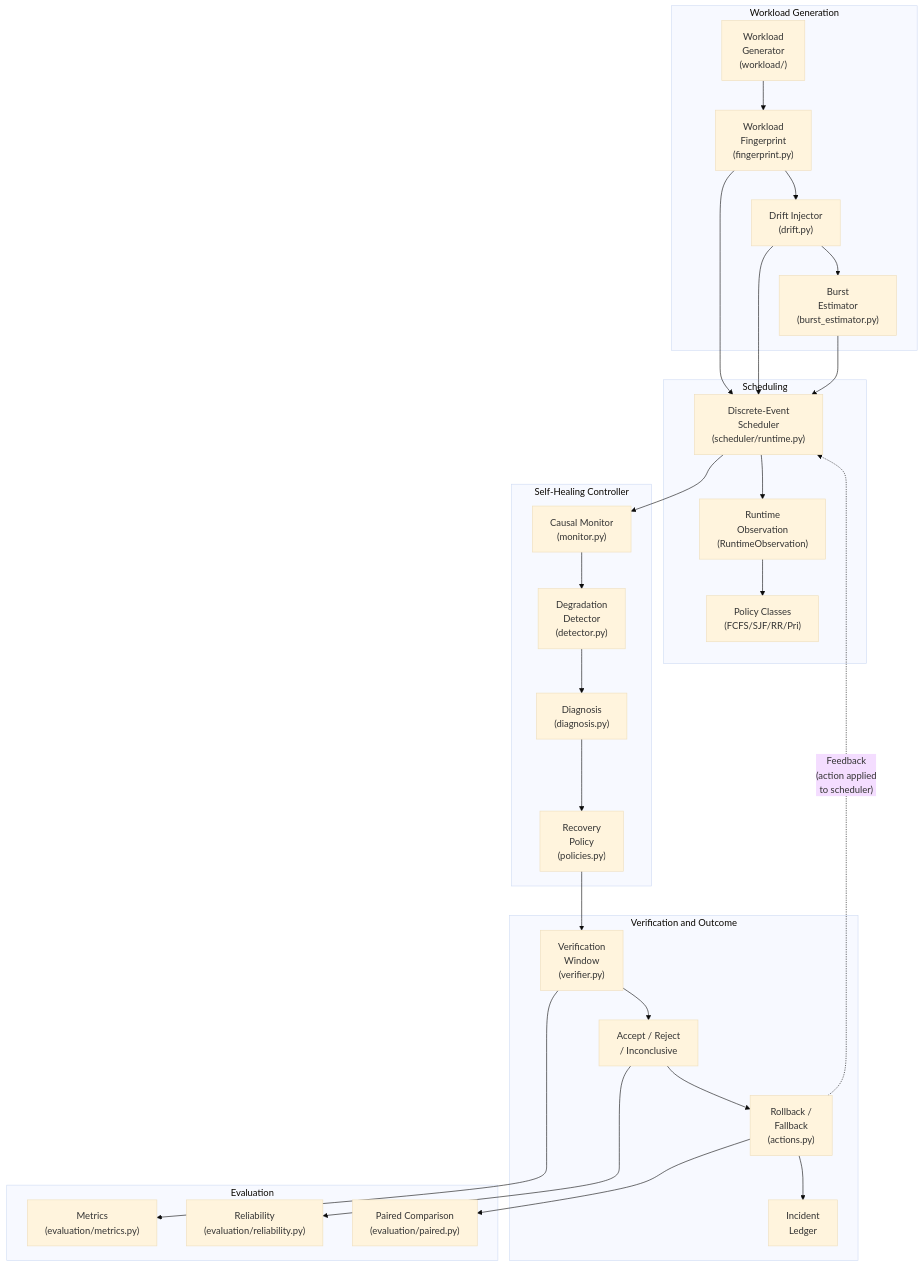
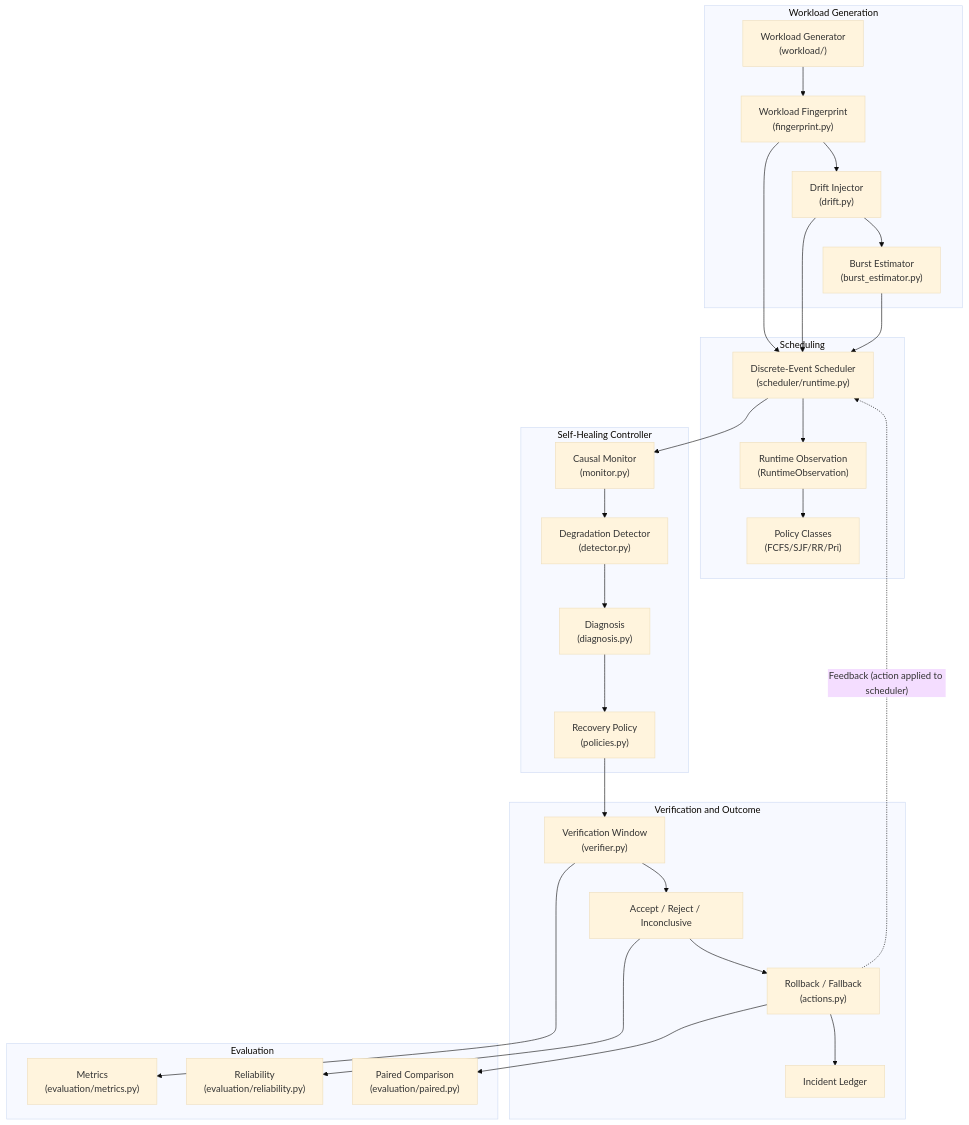
One commit to lostpilot404/OS-Project changed the second of 7 diagrams in submission/review-3/diagrams/figures_mermaid.md. Above: the diagram before and after it, drawn with Mermaid (base theme). The commit also changed other lines of this file and 6 other files, not shown here.

First line of the commit message:
Fix table widths and Mermaid diagram placement

````diff
--- a/submission/review-3/diagrams/figures_mermaid.md
+++ b/submission/review-3/diagrams/figures_mermaid.md
@@ -22,38 +21,33 @@
 ```mermaid
 flowchart TB
     subgraph Workload Generation
-        WG["Workload<br/>Generator<br/>(workload/)"] --> WF["Workload<br/>Fingerprint<br/>(fingerprint.py)"]
+        WG["Workload Generator<br/>(workload/)"] --> WF["Workload Fingerprint<br/>(fingerprint.py)"]
         WF --> DI["Drift Injector<br/>(drift.py)"]
-        DI --> BE["Burst<br/>Estimator<br/>(burst_estimator.py)"]
+        DI --> BE["Burst Estimator<br/>(burst_estimator.py)"]
     end
-
     subgraph Scheduling
-        WF --> RS["Discrete-Event<br/>Scheduler<br/>(scheduler/runtime.py)"]
-        RS --> RO["Runtime<br/>Observation<br/>(RuntimeObservation)"]
+        WF --> RS["Discrete-Event Scheduler<br/>(scheduler/runtime.py)"]
+        RS --> RO["Runtime Observation<br/>(RuntimeObservation)"]
         DI --> RS
         RO --> PC["Policy Classes<br/>(FCFS/SJF/RR/Pri)"]
         BE --> RS
     end
-
     subgraph Self-Healing Controller
         RS --> CM["Causal Monitor<br/>(monitor.py)"]
-        CM --> DD["Degradation<br/>Detector<br/>(detector.py)"]
+        CM --> DD["Degradation Detector<br/>(detector.py)"]
         DD --> DX["Diagnosis<br/>(diagnosis.py)"]
-        DX --> RP["Recovery<br/>Policy<br/>(policies.py)"]
+        DX --> RP["Recovery Policy<br/>(policies.py)"]
     end
-
     subgraph Verification and Outcome
-        RP --> VW["Verification<br/>Window<br/>(verifier.py)"]
-        VW --> AR["Accept / Reject<br/>/ Inconclusive"]
-        AR --> RB["Rollback /<br/>Fallback<br/>(actions.py)"]
-        RB --> IL["Incident<br/>Ledger"]
+        RP --> VW["Verification Window<br/>(verifier.py)"]
+        VW --> AR["Accept / Reject / Inconclusive"]
+        AR --> RB["Rollback / Fallback<br/>(actions.py)"]
+        RB --> IL["Incident Ledger"]
     end
-
     subgraph Evaluation
         VW --> MT["Metrics<br/>(evaluation/metrics.py)"]
         AR --> RL["Reliability<br/>(evaluation/reliability.py)"]
         RB --> BP["Paired Comparison<br/>(evaluation/paired.py)"]
     end
-
-    RB -.->|"Feedback<br/>(action applied<br/>to scheduler)"| RS
+    RB -.->|"Feedback (action applied to scheduler)"| RS
 ```
````
